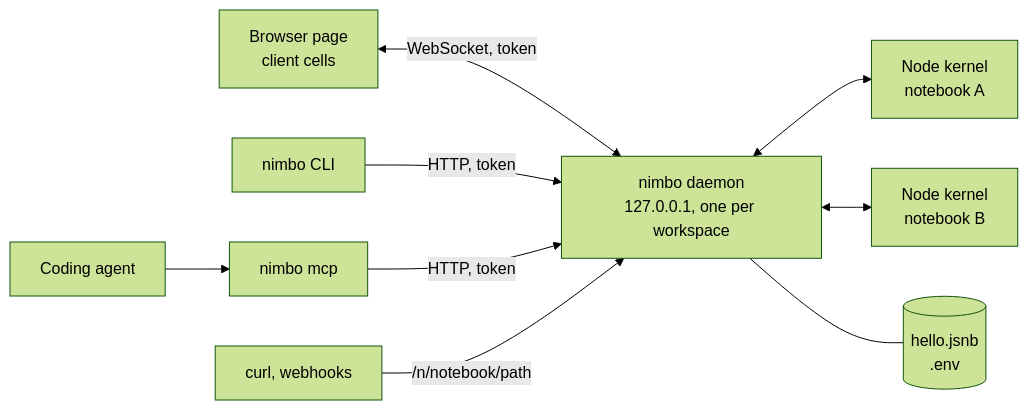
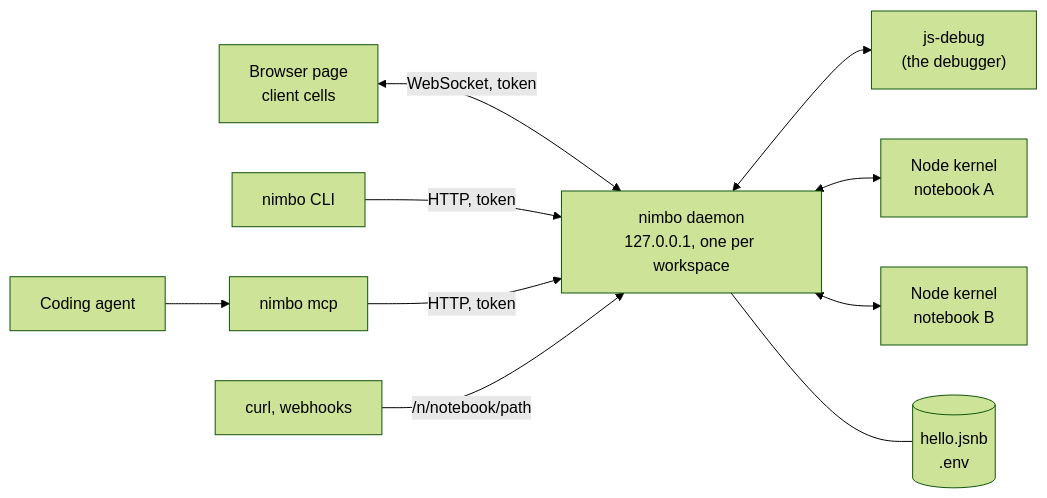
The diagram in README.md (7sStudio/nimbo), drawn with Mermaid (forest theme) before and after one commit. The commit also changed other lines of this file and 4 other files, not shown here.

First line of the commit message:
docs(docs): the architecture document rewritten from the code

````diff
--- a/README.md
+++ b/README.md
@@ -429,18 +429,19 @@
 ```mermaid
 flowchart LR
   page["Browser page<br/>client cells"]
   cli["nimbo CLI"]
   agent["Coding agent"] --> mcp["nimbo mcp"]
   daemon["nimbo daemon<br/>127.0.0.1, one per workspace"]
   k1["Node kernel<br/>notebook A"]
   k2["Node kernel<br/>notebook B"]
   files[("hello.jsnb<br/>.env")]
   web["curl, webhooks"]
   page <-->|"WebSocket, token"| daemon
   cli -->|"HTTP, token"| daemon
   mcp -->|"HTTP, token"| daemon
+  daemon <--> dbg["js-debug<br/>(the debugger)"]
   web -->|"/n/notebook/path"| daemon
   daemon <--> k1
   daemon <--> k2
   daemon --- files
 ```
````
